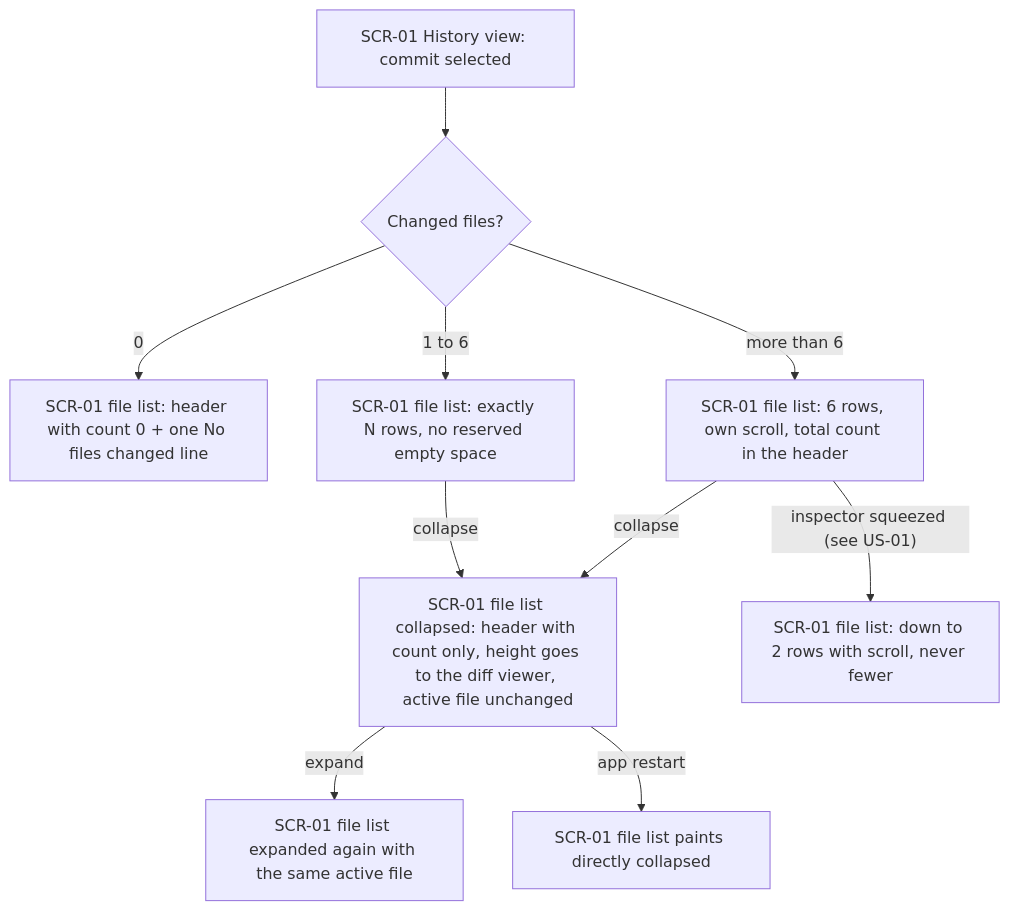
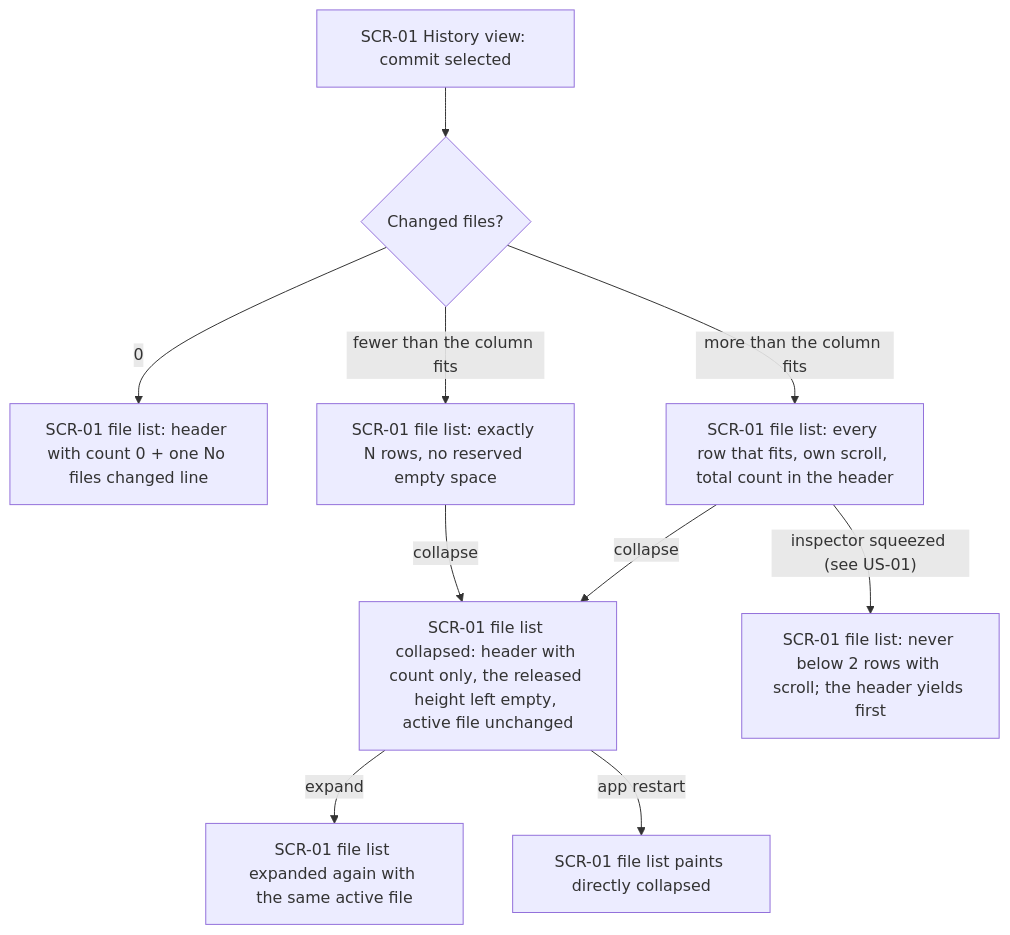
Before and after one commit to jmoreno22/yoru-merge: the second of 8 diagrams in docs/features/inspector-diff-workspace/ux-flows.md, drawn with Mermaid. The commit also changed other lines of this file and 69 other files, not shown here.

````diff
--- a/docs/features/inspector-diff-workspace/ux-flows.md
+++ b/docs/features/inspector-diff-workspace/ux-flows.md
@@ -69,12 +69,12 @@
 ```mermaid
 flowchart TD
     A["SCR-01 History view: commit selected"] --> B{"Changed files?"}
     B -->|"0"| C["SCR-01 file list: header with count 0 + one No files changed line"]
-    B -->|"1 to 6"| D["SCR-01 file list: exactly N rows, no reserved empty space"]
-    B -->|"more than 6"| E["SCR-01 file list: 6 rows, own scroll, total count in the header"]
-    D -->|"collapse"| F["SCR-01 file list collapsed: header with count only, height goes to the diff viewer, active file unchanged"]
+    B -->|"fewer than the column fits"| D["SCR-01 file list: exactly N rows, no reserved empty space"]
+    B -->|"more than the column fits"| E["SCR-01 file list: every row that fits, own scroll, total count in the header"]
+    D -->|"collapse"| F["SCR-01 file list collapsed: header with count only, the released height left empty, active file unchanged"]
     E -->|"collapse"| F
     F -->|"expand"| G["SCR-01 file list expanded again with the same active file"]
     F -->|"app restart"| H["SCR-01 file list paints directly collapsed"]
-    E -->|"inspector squeezed (see US-01)"| I["SCR-01 file list: down to 2 rows with scroll, never fewer"]
+    E -->|"inspector squeezed (see US-01)"| I["SCR-01 file list: never below 2 rows with scroll; the header yields first"]
 ```
````
